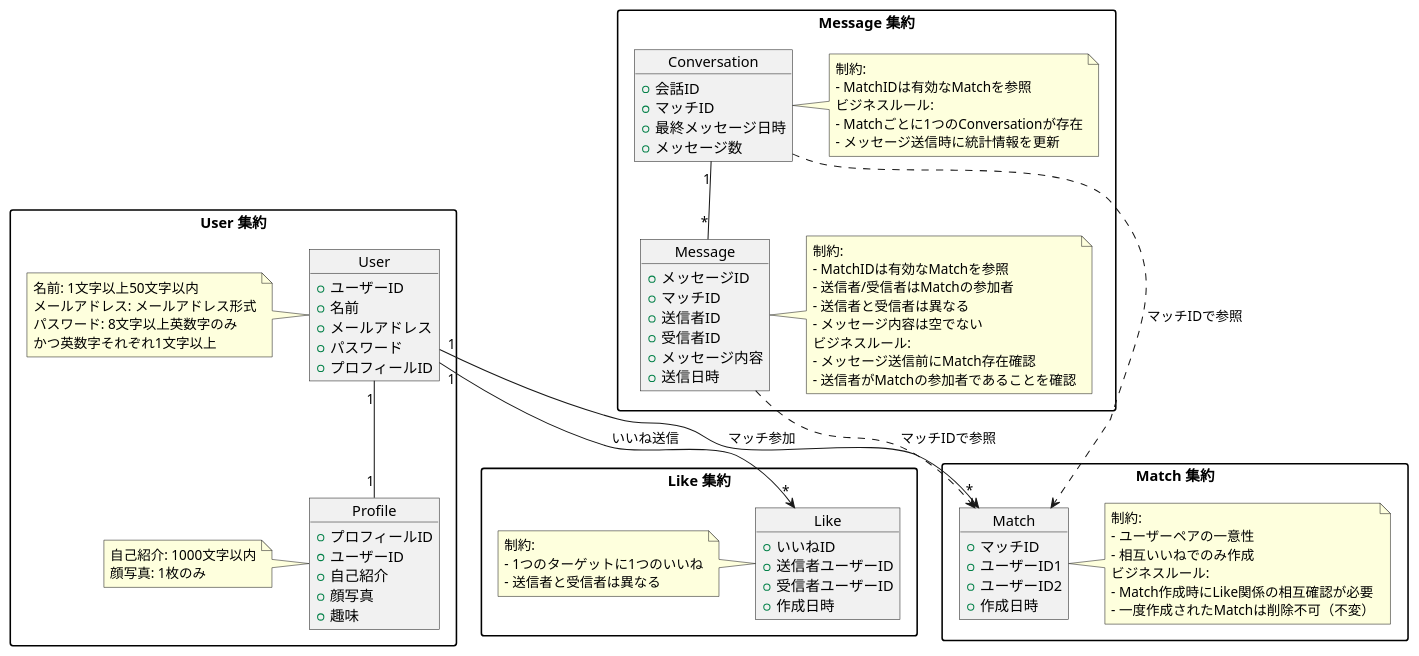
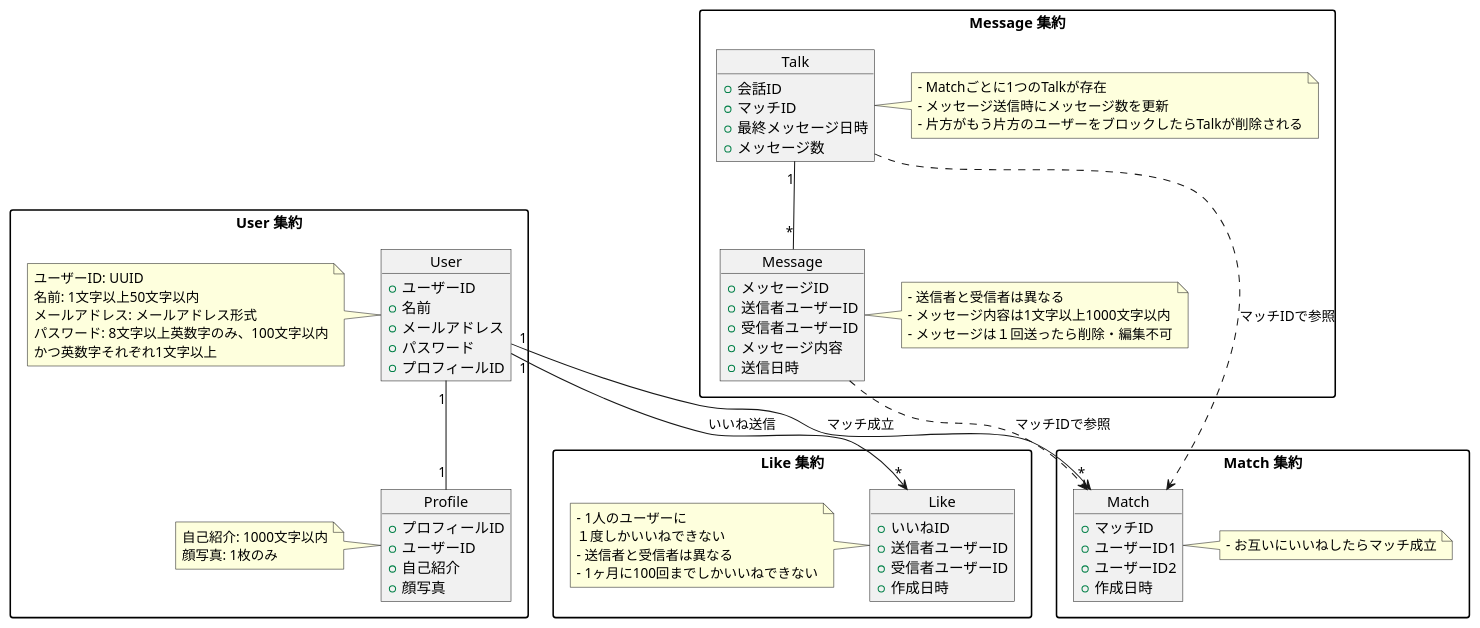
The diagram in docs/domain-model.pu (TakayukiHirano117/rails-matching-app-sample-ddd), drawn with PlantUML before and after one commit. The commit also changed 7 other files, not shown here.

```diff
--- a/docs/domain-model.pu
+++ b/docs/domain-model.pu
@@ -1,120 +1,101 @@
 @startuml model
 skinparam packageStyle rectangle
 
 package "User 集約" {
   object User {
     +ユーザーID
     +名前
     +メールアドレス
     +パスワード
     +プロフィールID
   }
 
   object Profile {
     +プロフィールID
     +ユーザーID
     +自己紹介
     +顔写真
-    +趣味
   }
 
   User "1" -- "1" Profile
-  
+
+  note left of User
+    ユーザーID: UUID
+    名前: 1文字以上50文字以内
+    メールアドレス: メールアドレス形式
+    パスワード: 8文字以上英数字のみ、100文字以内
+    かつ英数字それぞれ1文字以上
+  end note
+
   note left of Profile
     自己紹介: 1000文字以内
     顔写真: 1枚のみ
-  end note
-  
-  note left of User
-    名前: 1文字以上50文字以内
-    メールアドレス: メールアドレス形式
-    パスワード: 8文字以上英数字のみ
-    かつ英数字それぞれ1文字以上
   end note
 }
 
 package "Like 集約" {
   object Like {
     +いいねID
     +送信者ユーザーID
     +受信者ユーザーID
     +作成日時
   }
-  
+
   note left of Like
-    制約:
-    - 1つのターゲットに1つのいいね
+    - 1人のユーザーに
+    １度しかいいねできない
     - 送信者と受信者は異なる
+    - 1ヶ月に100回までしかいいねできない
   end note
 }
 
 package "Match 集約" {
   object Match {
     +マッチID
     +ユーザーID1
     +ユーザーID2
     +作成日時
   }
-  
+
   note right of Match
-    制約:
-    - ユーザーペアの一意性
-    - 相互いいねでのみ作成
-    ビジネスルール:
-    - Match作成時にLike関係の相互確認が必要
-    - 一度作成されたMatchは削除不可（不変）
+    - お互いにいいねしたらマッチ成立
   end note
 }
 
 package "Message 集約" {
   object Message {
     +メッセージID
-    +マッチID
-    +送信者ID
-    +受信者ID
+    +送信者ユーザーID
+    +受信者ユーザーID
     +メッセージ内容
     +送信日時
   }
 
-  object Conversation {
+  object Talk {
     +会話ID
     +マッチID
     +最終メッセージ日時
     +メッセージ数
   }
 
-  Conversation "1" -- "*" Message
-  
+  Talk "1" -- "*" Message
+
   note right of Message
-    制約:
-    - MatchIDは有効なMatchを参照
-    - 送信者/受信者はMatchの参加者
     - 送信者と受信者は異なる
-    - メッセージ内容は空でない
-    ビジネスルール:
-    - メッセージ送信前にMatch存在確認
-    - 送信者がMatchの参加者であることを確認
+    - メッセージ内容は1文字以上1000文字以内
+    - メッセージは１回送ったら削除・編集不可
   end note
-  
-  note right of Conversation
-    制約:
-    - MatchIDは有効なMatchを参照
-    ビジネスルール:
-    - Matchごとに1つのConversationが存在
-    - メッセージ送信時に統計情報を更新
+
+  note right of Talk
+    - Matchごとに1つのTalkが存在
+    - メッセージ送信時にメッセージ数を更新
+    - 片方がもう片方のユーザーをブロックしたらTalkが削除される
   end note
 }
 
-' 集約間の関係（DDDの原則に従い、直接的な関連は避ける）
 User "1" --> "*" Like : いいね送信
-User "1" --> "*" Match : マッチ参加
+User "1" --> "*" Match : マッチ成立
 
-' Message集約はMatchIdを通じてMatch集約を参照（弱い関連）
 Message ..> Match : マッチIDで参照
-Conversation ..> Match : マッチIDで参照
-
-' バリデーションルール（validation-rules.mdより）
-
-' 注意: 集約間の関係は参照による疎結合を保つ
-' 実装時はRepository経由でのアクセスを想定
+Talk ..> Match : マッチIDで参照
 @enduml
```
